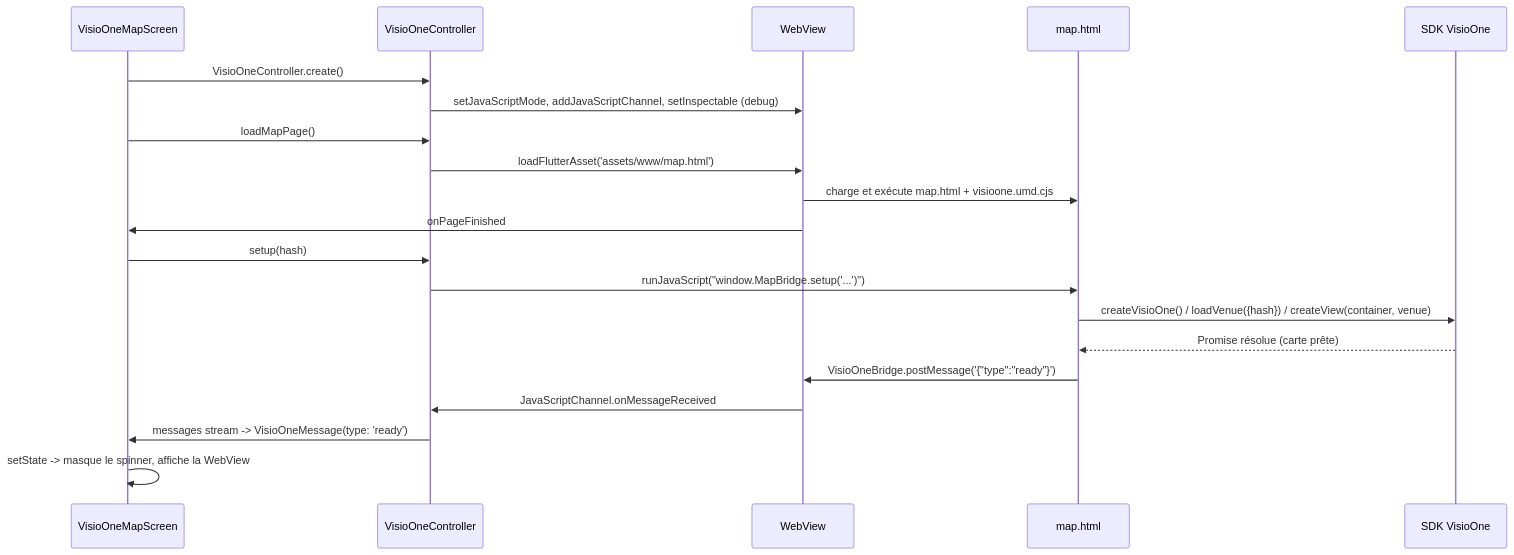
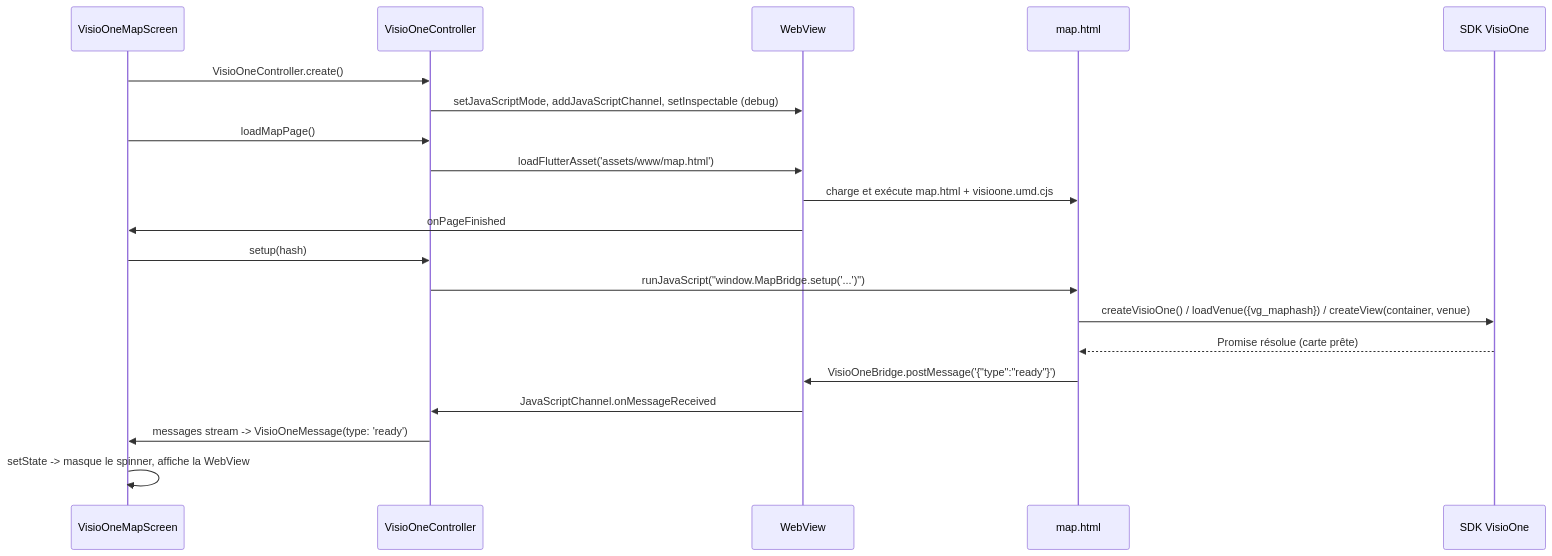
The third of 3 diagrams in docs/ARCHITECTURE.md (visioglobe-sas/VisioOneMeetFlutter), drawn with Mermaid before and after one commit. The commit also changed other lines of this file and 6 other files, not shown here.

First line of the commit message:
Upgrade VisioOne SDK to 1.0.9

````diff
--- a/docs/ARCHITECTURE.md
+++ b/docs/ARCHITECTURE.md
@@ -70,23 +70,23 @@
 ```mermaid
 sequenceDiagram
   participant UI as VisioOneMapScreen
   participant Ctrl as VisioOneController
   participant WV as WebView
   participant JS as map.html
   participant SDK as SDK VisioOne
 
   UI->>Ctrl: VisioOneController.create()
   Ctrl->>WV: setJavaScriptMode, addJavaScriptChannel, setInspectable (debug)
   UI->>Ctrl: loadMapPage()
   Ctrl->>WV: loadFlutterAsset('assets/www/map.html')
   WV->>JS: charge et exécute map.html + visioone.umd.cjs
   WV->>UI: onPageFinished
   UI->>Ctrl: setup(hash)
   Ctrl->>JS: runJavaScript("window.MapBridge.setup('...')")
-  JS->>SDK: createVisioOne() / loadVenue({hash}) / createView(container, venue)
+  JS->>SDK: createVisioOne() / loadVenue({vg_maphash}) / createView(container, venue)
   SDK-->>JS: Promise résolue (carte prête)
   JS->>WV: VisioOneBridge.postMessage('{"type":"ready"}')
   WV->>Ctrl: JavaScriptChannel.onMessageReceived
   Ctrl->>UI: messages stream -> VisioOneMessage(type: 'ready')
   UI->>UI: setState -> masque le spinner, affiche la WebView
 ```
````
